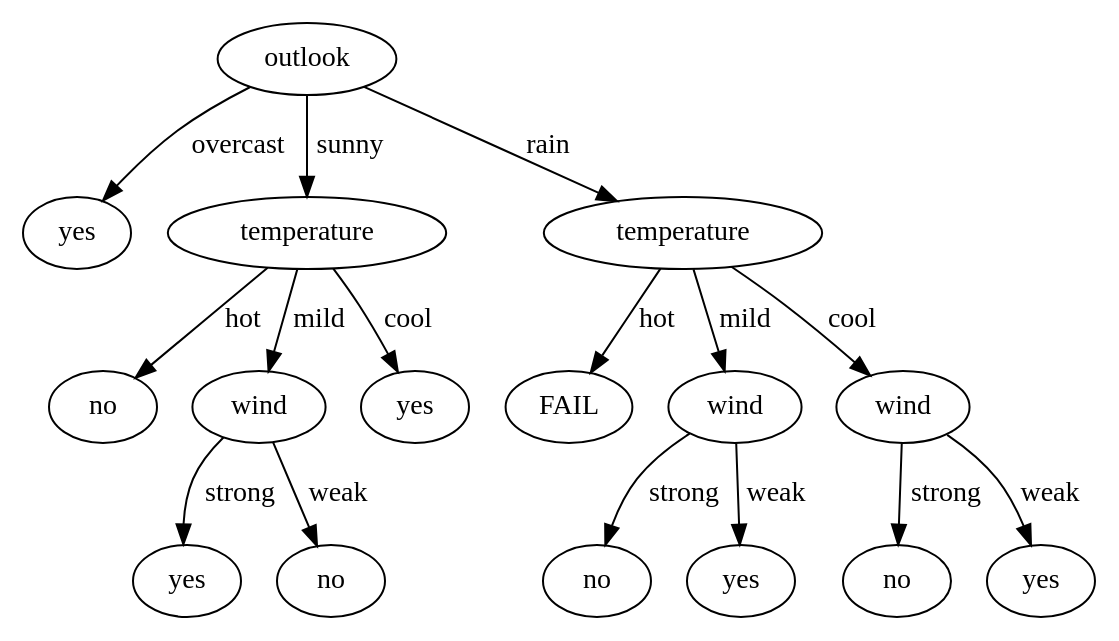
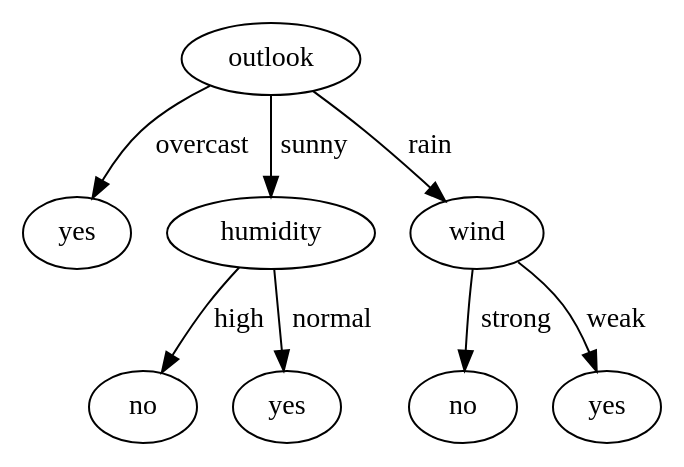
The diagram in tennis.dot (aaaaaiiiii/homework4), drawn with Graphviz before and after one commit. The commit also changed 1 other file, not shown here.

```diff
--- a/tennis.dot
+++ b/tennis.dot
@@ -1,34 +1,18 @@
 digraph {
-2879201542718231628971539358106267804 [label=outlook]
-29407735005321861865810873097552426947 [label=yes]
-204390235311441042399527715417373595296 [label=temperature]
-185776055795427608636286939614647282452 [label=no]
-17232427848899194186043025015588327014 [label=wind]
-128281044437994253121196087231667571955 [label=yes]
-204566701358406912775136404566748064147 [label=no]
-82243969497654399432276156547367129660 [label=yes]
-293719443327946751042174461541462492201 [label=temperature]
-321600721662942210234703746804527566603 [label=FAIL]
-59886410798001684036382439631050951863 [label=wind]
-201484230453060890479809051643820772089 [label=no]
-108862976605976190601562653066560231647 [label=yes]
-312758388755042853631655429396250436563 [label=wind]
-243311069289642050072338856916190232205 [label=no]
-131863348943047045431745140017595916050 [label=yes]
-2879201542718231628971539358106267804 -> 29407735005321861865810873097552426947 [label=overcast] 
-2879201542718231628971539358106267804 -> 204390235311441042399527715417373595296 [label=sunny] 
-204390235311441042399527715417373595296 -> 185776055795427608636286939614647282452 [label=hot] 
-204390235311441042399527715417373595296 -> 17232427848899194186043025015588327014 [label=mild] 
-17232427848899194186043025015588327014 -> 128281044437994253121196087231667571955 [label=strong] 
-17232427848899194186043025015588327014 -> 204566701358406912775136404566748064147 [label=weak] 
-204390235311441042399527715417373595296 -> 82243969497654399432276156547367129660 [label=cool] 
-2879201542718231628971539358106267804 -> 293719443327946751042174461541462492201 [label=rain] 
-293719443327946751042174461541462492201 -> 321600721662942210234703746804527566603 [label=hot] 
-293719443327946751042174461541462492201 -> 59886410798001684036382439631050951863 [label=mild] 
-59886410798001684036382439631050951863 -> 201484230453060890479809051643820772089 [label=strong] 
-59886410798001684036382439631050951863 -> 108862976605976190601562653066560231647 [label=weak] 
-293719443327946751042174461541462492201 -> 312758388755042853631655429396250436563 [label=cool] 
-312758388755042853631655429396250436563 -> 243311069289642050072338856916190232205 [label=strong] 
-312758388755042853631655429396250436563 -> 131863348943047045431745140017595916050 [label=weak] 
+266397524555118623623959107732327517179 [label=outlook]
+108397116674660024104157605228870205237 [label=yes]
+318120991140852037918081107169710161995 [label=humidity]
+91760643944209231088078446949052557580 [label=no]
+207204259764315616893338596827681690654 [label=yes]
+235605453139469796947929921901177721219 [label=wind]
+105834330816166410123314984689379346798 [label=no]
+289909309884278847360988855095017345441 [label=yes]
+266397524555118623623959107732327517179 -> 108397116674660024104157605228870205237 [label=overcast] 
+266397524555118623623959107732327517179 -> 318120991140852037918081107169710161995 [label=sunny] 
+318120991140852037918081107169710161995 -> 91760643944209231088078446949052557580 [label=high] 
+318120991140852037918081107169710161995 -> 207204259764315616893338596827681690654 [label=normal] 
+266397524555118623623959107732327517179 -> 235605453139469796947929921901177721219 [label=rain] 
+235605453139469796947929921901177721219 -> 105834330816166410123314984689379346798 [label=strong] 
+235605453139469796947929921901177721219 -> 289909309884278847360988855095017345441 [label=weak] 
 
 }
```
